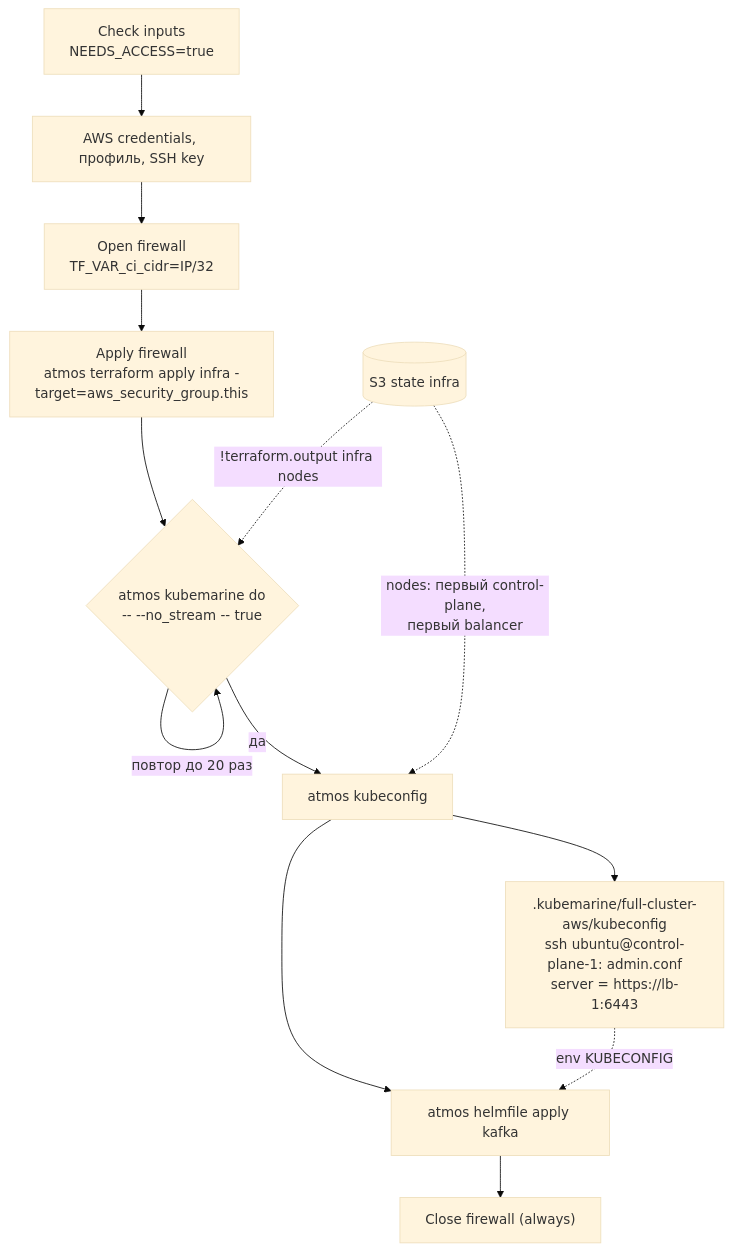
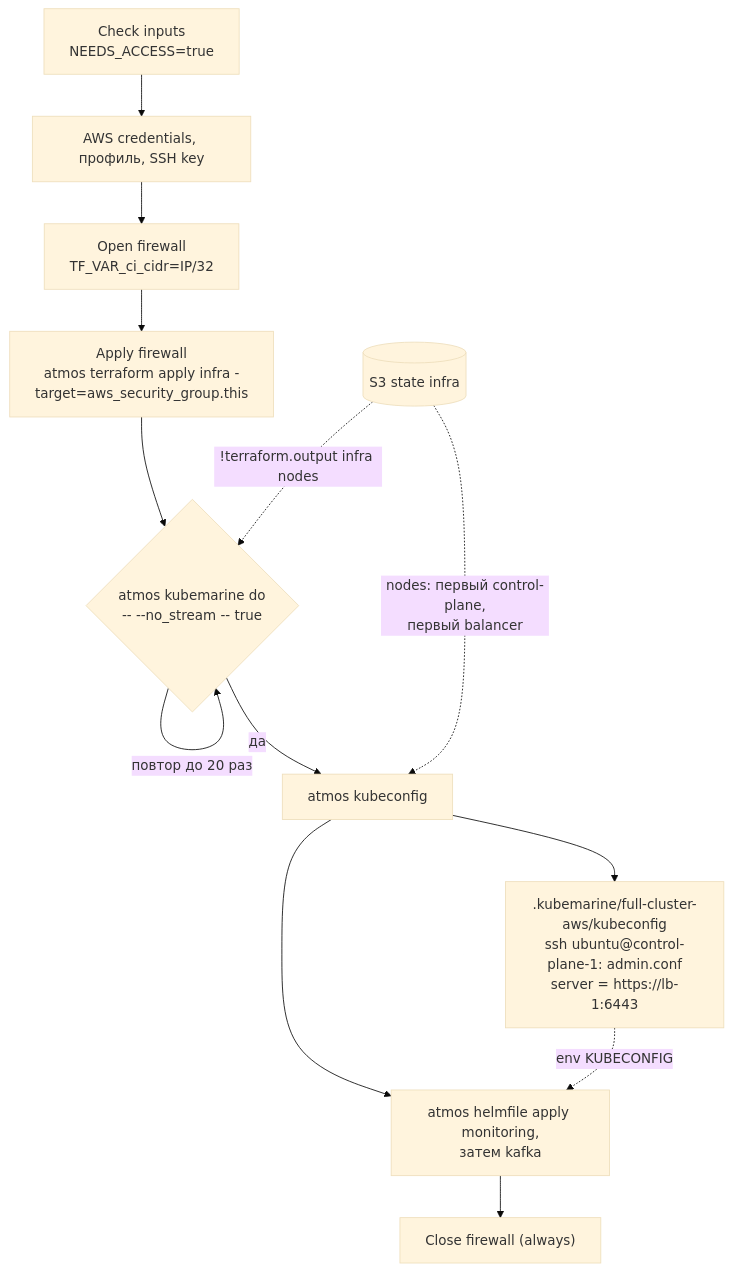
Before and after one commit to borislavr/atmos-kubemarine-integration: the fourth of 5 diagrams in docs/full-cluster-aws-flow.md, drawn with Mermaid (base theme). The commit also changed other lines of this file and 8 other files, not shown here.

Commit message:
feat: add monitoring support with qubership-monitoring-operator and update Kafka configurations

````diff
--- a/docs/full-cluster-aws-flow.md
+++ b/docs/full-cluster-aws-flow.md
@@ -133,15 +143,15 @@
 ```mermaid
 flowchart TB
   A["Check inputs<br/>NEEDS_ACCESS=true"] --> B["AWS credentials, профиль, SSH key"]
   B --> C["Open firewall<br/>TF_VAR_ci_cidr=IP/32"]
   C --> D["Apply firewall<br/>atmos terraform apply infra -target=aws_security_group.this"]
   D --> E{"atmos kubemarine do<br/>-- --no_stream -- true"}
   E -->|"повтор до 20 раз"| E
   E -->|"да"| F["atmos kubeconfig"]
-  F --> G["atmos helmfile apply kafka"]
+  F --> G["atmos helmfile apply monitoring,<br/>затем kafka"]
   G --> H["Close firewall (always)"]
   ST[("S3 state infra")] -.->|"!terraform.output infra nodes"| E
   ST -.->|"nodes: первый control-plane,<br/>первый balancer"| F
   F --> KC[".kubemarine/full-cluster-aws/kubeconfig<br/>ssh ubuntu@control-plane-1: admin.conf<br/>server = https://lb-1:6443"]
   KC -.->|"env KUBECONFIG"| G
 ```
````
